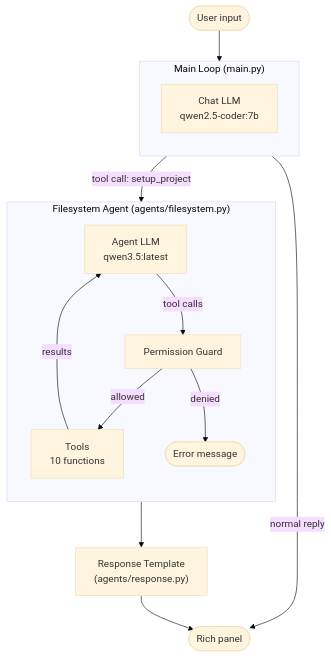
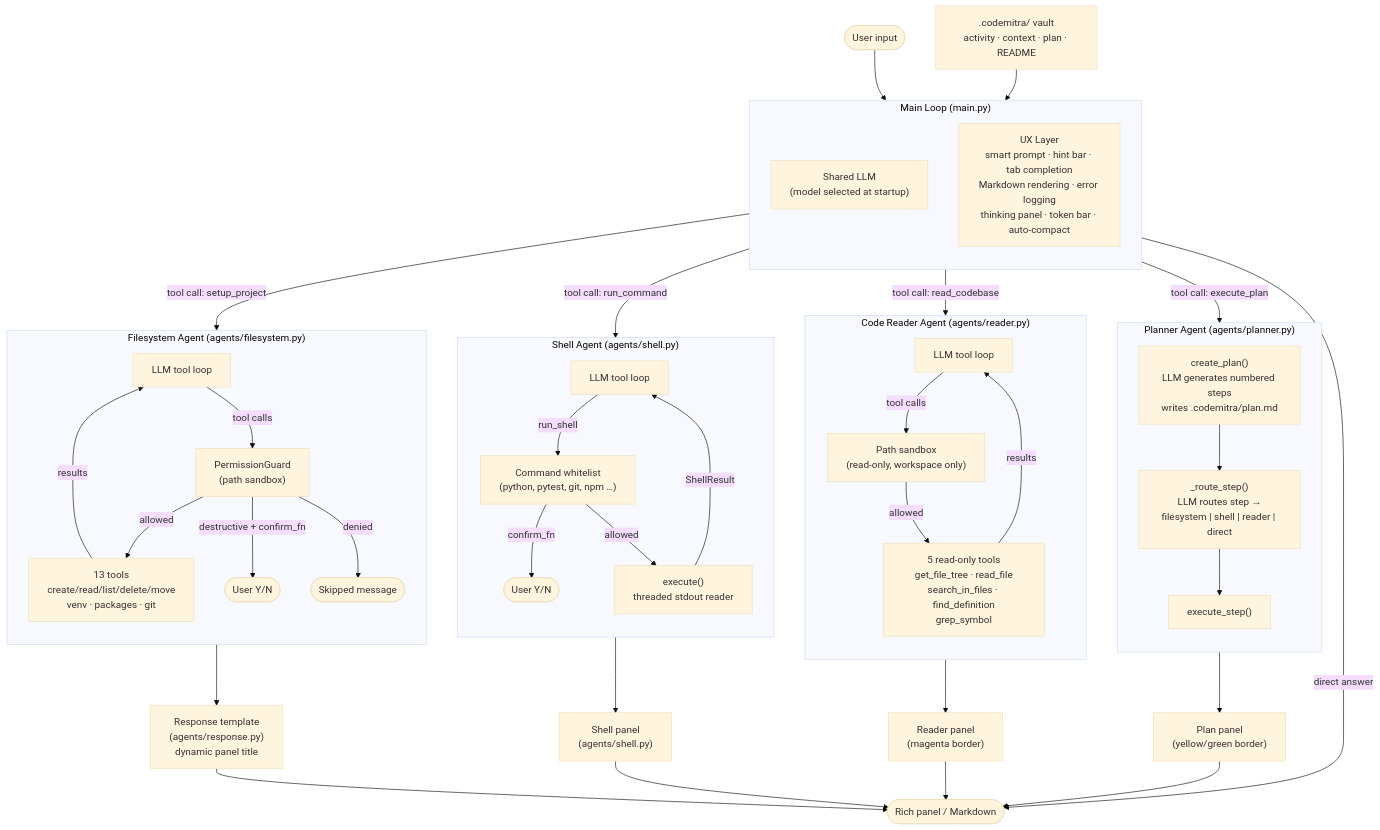
The first of 2 diagrams in docs/Architecture.md (prashanth-ds-ml/local-codex), drawn with Mermaid (base theme) before and after one commit. The commit also changed other lines of this file and 29 other files, not shown here.

First line of the commit message:
Add brainstorm agent — clarifying Q&A before /plan

````diff
--- a/docs/Architecture.md
+++ b/docs/Architecture.md
@@ -17,27 +17,69 @@
 ```mermaid
 flowchart TD
     User([User input]) --> MainLoop
 
     subgraph MainLoop["Main Loop (main.py)"]
         direction TB
-        ChatLLM["Chat LLM\nqwen2.5-coder:7b"]
+        ChatLLM["Shared LLM\n(model selected at startup)"]
+        UX["UX Layer\nsmart prompt · hint bar · tab completion\nMarkdown rendering · error logging\nthinking panel · token bar · auto-compact"]
     end
 
-    MainLoop -->|normal reply| Display([Rich panel])
+    MainLoop -->|direct answer| Display([Rich panel / Markdown])
 
     MainLoop -->|tool call: setup_project| FilesystemAgent
+    MainLoop -->|tool call: run_command| ShellAgent
+    MainLoop -->|tool call: read_codebase| ReaderAgent
+    MainLoop -->|tool call: execute_plan| PlannerAgent
 
     subgraph FilesystemAgent["Filesystem Agent (agents/filesystem.py)"]
         direction TB
-        AgentLLM["Agent LLM\nqwen3.5:latest"]
-        Guard["Permission Guard"]
-        Tools["Tools\n10 functions"]
-        AgentLLM -->|tool calls| Guard
-        Guard -->|allowed| Tools
-        Guard -->|denied| Error([Error message])
-        Tools -->|results| AgentLLM
+        FSLLM["LLM tool loop"]
+        Guard["PermissionGuard\n(path sandbox)"]
+        FSTools["13 tools\ncreate/read/list/delete/move\nvenv · packages · git"]
+        FSLLM -->|tool calls| Guard
+        Guard -->|allowed| FSTools
+        Guard -->|destructive + confirm_fn| UserConfirm1([User Y/N])
+        Guard -->|denied| DeniedMsg([Skipped message])
+        FSTools -->|results| FSLLM
     end
 
-    FilesystemAgent --> ResponseTemplate["Response Template\n(agents/response.py)"]
+    subgraph ShellAgent["Shell Agent (agents/shell.py)"]
+        direction TB
+        SHLLM["LLM tool loop"]
+        Whitelist["Command whitelist\n(python, pytest, git, npm …)"]
+        Exec["execute()\nthreaded stdout reader"]
+        SHLLM -->|run_shell| Whitelist
+        Whitelist -->|confirm_fn| UserConfirm2([User Y/N])
+        Whitelist -->|allowed| Exec
+        Exec -->|ShellResult| SHLLM
+    end
+
+    subgraph ReaderAgent["Code Reader Agent (agents/reader.py)"]
+        direction TB
+        RLLM["LLM tool loop"]
+        RSandbox["Path sandbox\n(read-only, workspace only)"]
+        RTools["5 read-only tools\nget_file_tree · read_file\nsearch_in_files · find_definition\ngrep_symbol"]
+        RLLM -->|tool calls| RSandbox
+        RSandbox -->|allowed| RTools
+        RTools -->|results| RLLM
+    end
+
+    subgraph PlannerAgent["Planner Agent (agents/planner.py)"]
+        direction TB
+        PlanCreate["create_plan()\nLLM generates numbered steps\nwrites .codemitra/plan.md"]
+        StepRouter["_route_step()\nLLM routes step →\nfilesystem | shell | reader | direct"]
+        StepExec["execute_step()"]
+        PlanCreate --> StepRouter --> StepExec
+    end
+
+    FilesystemAgent --> ResponseTemplate["Response template\n(agents/response.py)\ndynamic panel title"]
+    ShellAgent --> ShellRender["Shell panel\n(agents/shell.py)"]
+    ReaderAgent --> ReaderRender["Reader panel\n(magenta border)"]
+    PlannerAgent --> PlannerRender["Plan panel\n(yellow/green border)"]
     ResponseTemplate --> Display
+    ShellRender --> Display
+    ReaderRender --> Display
+    PlannerRender --> Display
+
+    Memory[".codemitra/ vault\nactivity · context · plan · README"] --> MainLoop
 ```
````
